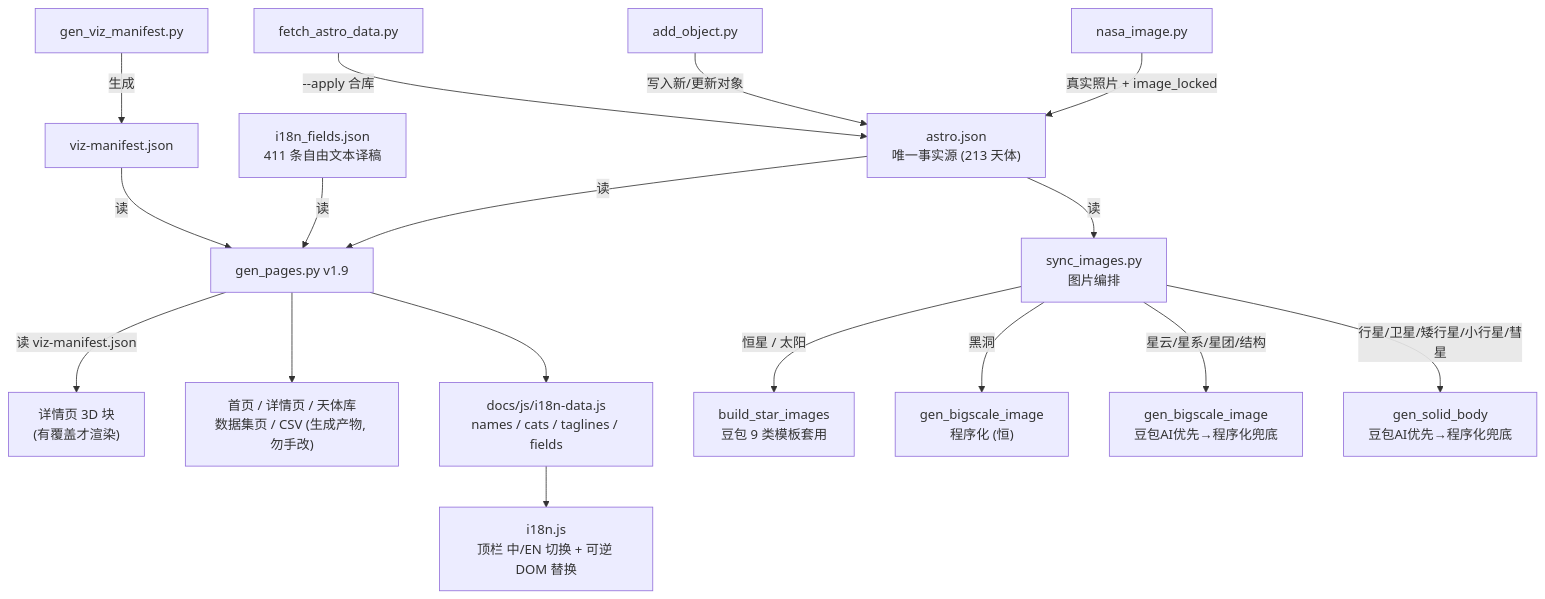
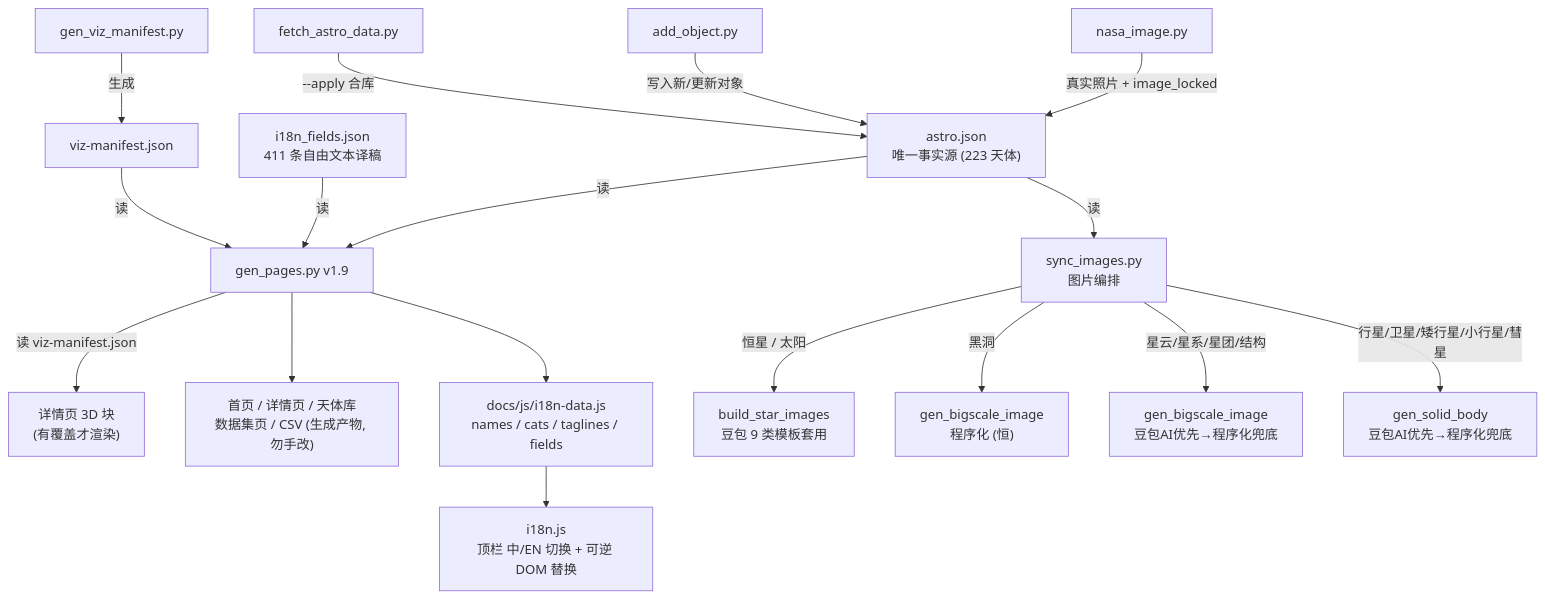
One commit to yufengwolf/astro-blog changed the first of 9 diagrams in 维护指南.md. Above: the diagram before and after it, drawn with Mermaid. The commit also changed other lines of this file and 71 other files, not shown here.

````diff
--- a/维护指南.md
+++ b/维护指南.md
@@ -11,19 +11,19 @@
 ```mermaid
 flowchart TD
-    A["astro.json<br/>唯一事实源 (213 天体)"] -->|读| B["gen_pages.py v1.9"]
+    A["astro.json<br/>唯一事实源 (223 天体)"] -->|读| B["gen_pages.py v1.9"]
     B -->|读 viz-manifest.json| V["详情页 3D 块<br/>(有覆盖才渲染)"]
     B --> C["首页 / 详情页 / 天体库<br/>数据集页 / CSV (生成产物, 勿手改)"]
     FE["i18n_fields.json<br/>411 条自由文本译稿"] -->|读| B
     B --> ID["docs/js/i18n-data.js<br/>names / cats / taglines / fields"]
     ID --> RT["i18n.js<br/>顶栏 中/EN 切换 + 可逆 DOM 替换"]
     VM["gen_viz_manifest.py"] -->|生成| VMF["viz-manifest.json"]
     VMF -->|读| B
     A -->|读| D["sync_images.py<br/>图片编排"]
     D -->|恒星 / 太阳| E["build_star_images<br/>豆包 9 类模板套用"]
     D -->|黑洞| F0["gen_bigscale_image<br/>程序化 (恒)"]
     D -->|星云/星系/星团/结构| F["gen_bigscale_image<br/>豆包AI优先→程序化兜底"]
     D -->|行星/卫星/矮行星/小行星/彗星| G["gen_solid_body<br/>豆包AI优先→程序化兜底"]
     H["nasa_image.py"] -->|真实照片 + image_locked| A
     I["add_object.py"] -->|写入新/更新对象| A
     J["fetch_astro_data.py"] -->|--apply 合库| A
 ```
````
